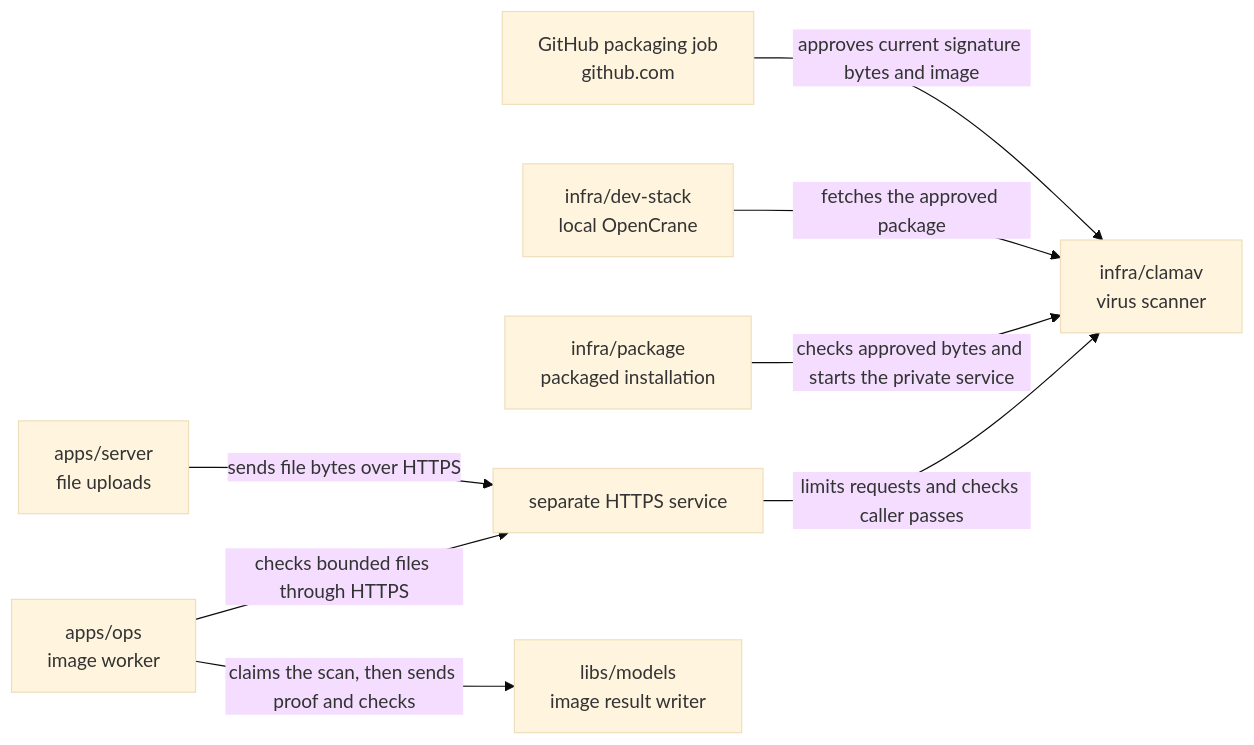
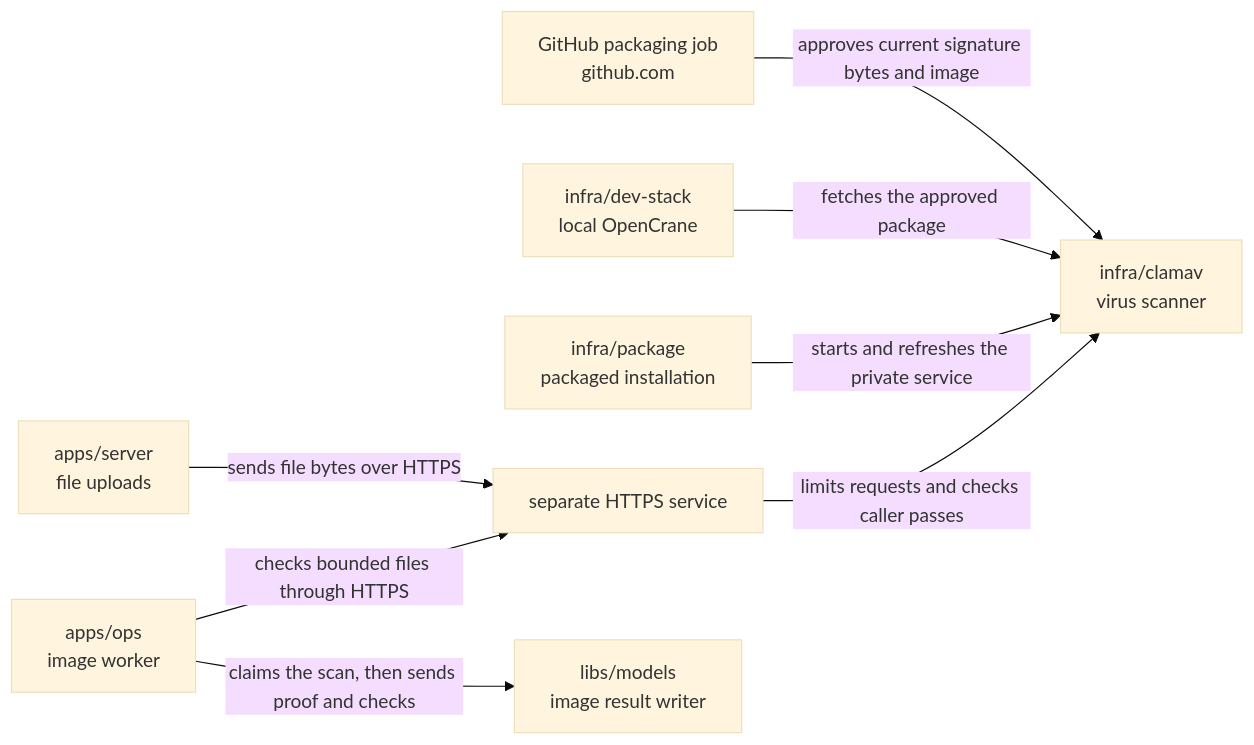
The diagram in infra/clamav/README.md (elewa-git/opencrane-new), drawn with Mermaid (base theme) before and after one commit. The commit also changed other lines of this file and 30 other files, not shown here.

Commit message:
🦠 Refresh the approved scanner in a running package

````diff
--- a/infra/clamav/README.md
+++ b/infra/clamav/README.md
@@ -21,10 +21,10 @@
 ```mermaid
 flowchart LR
   packaging["GitHub packaging job<br/>github.com"] -->|approves current signature bytes and image| clamav["infra/clamav<br/>virus scanner"]
   stack["infra/dev-stack<br/>local OpenCrane"] -->|fetches the approved package| clamav
-  package["infra/package<br/>packaged installation"] -->|checks approved bytes and starts the private service| clamav
+  package["infra/package<br/>packaged installation"] -->|starts and refreshes the private service| clamav
   server["apps/server<br/>file uploads"] -->|sends file bytes over HTTPS| launcher
   worker["apps/ops<br/>image worker"] -->|checks bounded files through HTTPS| launcher
   worker -->|claims the scan, then sends proof and checks| models["libs/models<br/>image result writer"]
   launcher["separate HTTPS service"] -->|limits requests and checks caller passes| clamav
 ```
````
